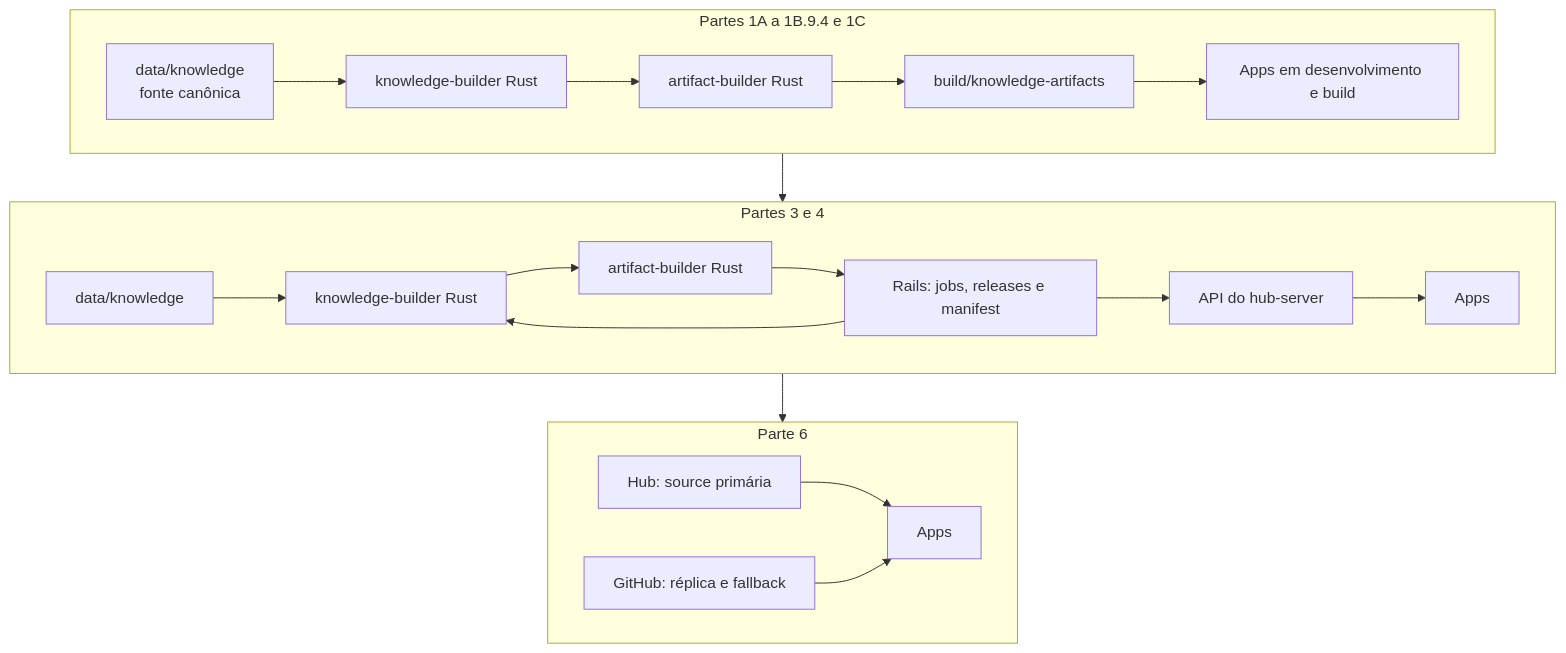
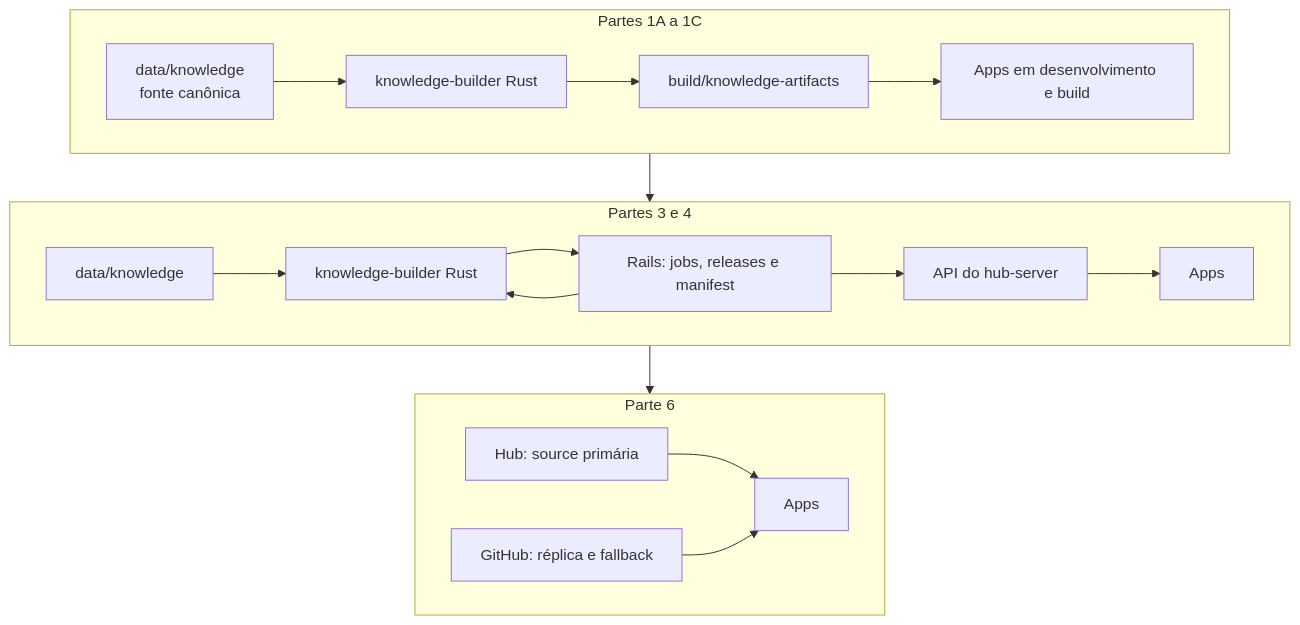
Before and after one commit to migmoroni/veterinary-clinic: the second of 3 diagrams in docs/plans/hub-server/README.md, drawn with Mermaid. The commit also changed other lines of this file and 9 other files, not shown here.

````diff
--- a/docs/plans/hub-server/README.md
+++ b/docs/plans/hub-server/README.md
@@ -104,25 +97,23 @@
 ```mermaid
 flowchart TB
-    subgraph S1["Partes 1A a 1B.9.4 e 1C"]
+    subgraph S1["Partes 1A a 1C"]
         D1["data/knowledge<br/>fonte canônica"] --> G1["knowledge-builder Rust"]
-        G1 --> AB1["artifact-builder Rust"]
-        AB1 --> B1["build/knowledge-artifacts"]
+        G1 --> B1["build/knowledge-artifacts"]
         B1 --> A1["Apps em desenvolvimento e build"]
     end
 
     subgraph S2["Partes 3 e 4"]
         D2["data/knowledge"] --> G2["knowledge-builder Rust"]
         R2["Rails: jobs, releases e manifest"] --> G2
-        G2 --> AB2["artifact-builder Rust"]
-        AB2 --> R2
+        G2 --> R2
         R2 --> H2["API do hub-server"]
         H2 --> A2["Apps"]
     end
 
     subgraph S3["Parte 6"]
         H3["Hub: source primária"] --> A3["Apps"]
         GH3["GitHub: réplica e fallback"] --> A3
     end
 
     S1 --> S2 --> S3
 ```
````
